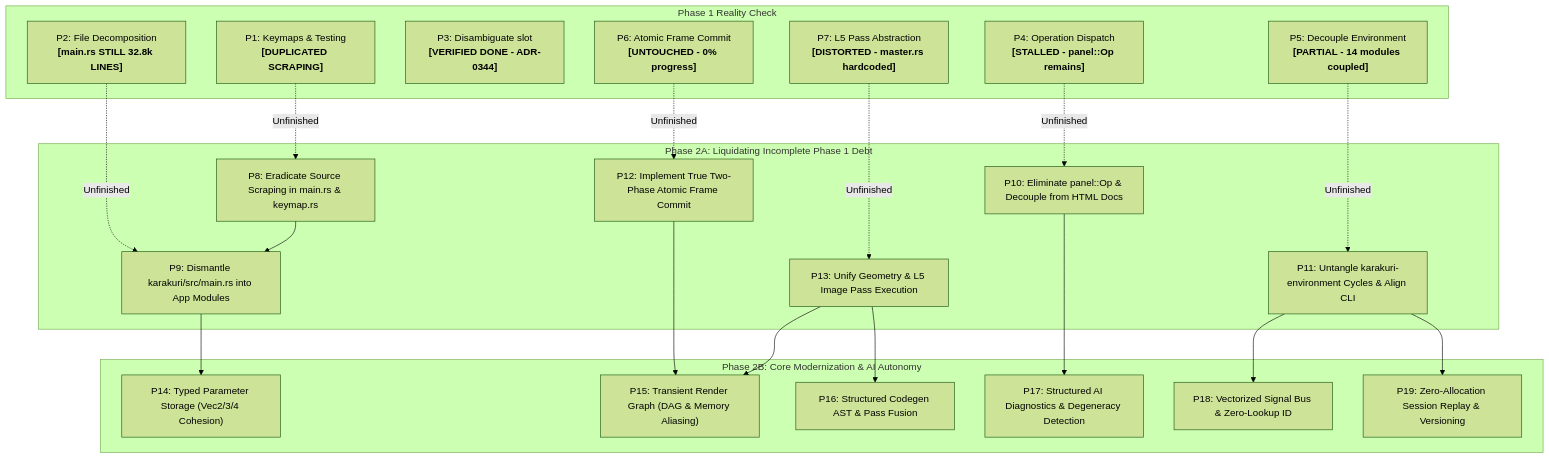
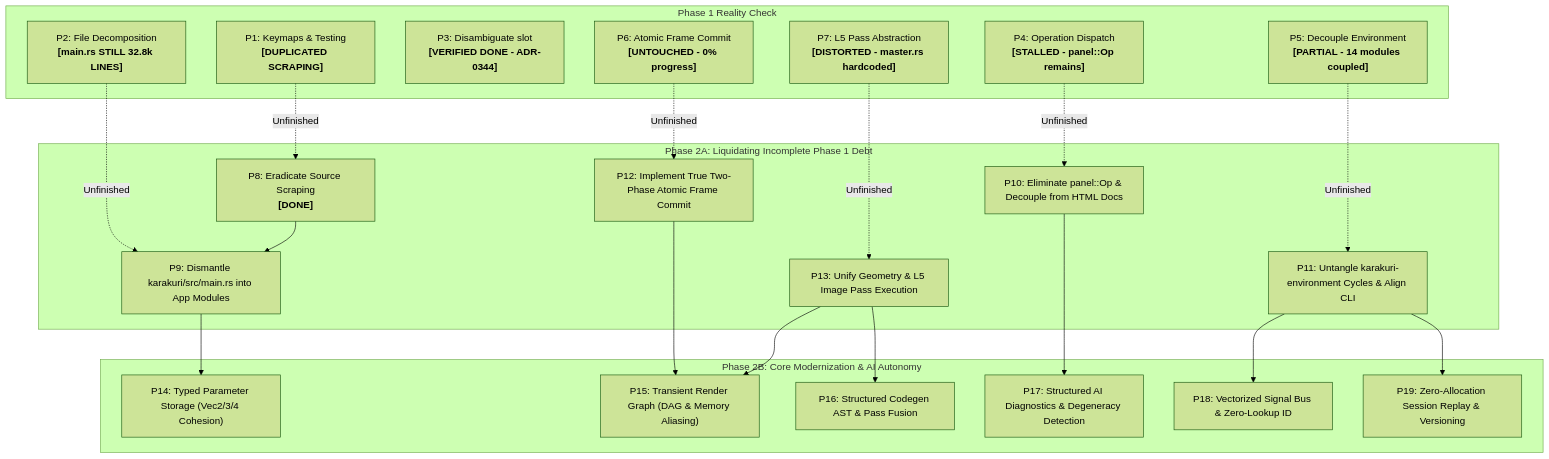
The diagram in docs/refactoring.md (toyoshim-i/Karakuri), drawn with Mermaid (forest theme) before and after one commit. The commit also changed other lines of this file and 2 other files, not shown here.

Commit message:
refactor(karakuri): eradicate source-text scraping across main.rs and keymap.rs (P8)
Completely eliminate source-code text parsing (fs::read_to_string,
source_scan, code(), cut()) in unit tests, and update refactoring roadmap:

- Delete mod source_scan from crates/karakuri/src/main.rs.
- Remove SRC, TESTS, code(), and cut() from crates/karakuri/src/keymap.rs.
- Refactor focus_keys tests to assert structured EventLoopAction
  (App::event_loop_action_for) and execute key_tab/key_escape directly
  via KeyCtx, without grepping string patterns.
- Refactor press_handler tests to dispatch synthetic pointer events
  directly through Readout::pointer.
- Remove artificial layout ordering constraints on production helper functions.
- Mark P8 as DONE in docs/refactoring.md.

````diff
--- a/docs/refactoring.md
+++ b/docs/refactoring.md
@@ -26,45 +26,45 @@
 ```mermaid
 graph TD
     subgraph Phase1Reality["Phase 1 Reality Check"]
         P1["P1: Keymaps & Testing<br/><b>[DUPLICATED SCRAPING]</b>"]
         P2["P2: File Decomposition<br/><b>[main.rs STILL 32.8k LINES]</b>"]
         P3["P3: Disambiguate slot<br/><b>[VERIFIED DONE - ADR-0344]</b>"]
         P4["P4: Operation Dispatch<br/><b>[STALLED - panel::Op remains]</b>"]
         P5["P5: Decouple Environment<br/><b>[PARTIAL - 14 modules coupled]</b>"]
         P6["P6: Atomic Frame Commit<br/><b>[UNTOUCHED - 0% progress]</b>"]
         P7["P7: L5 Pass Abstraction<br/><b>[DISTORTED - master.rs hardcoded]</b>"]
     end
 
     subgraph Phase2A["Phase 2A: Liquidating Incomplete Phase 1 Debt"]
-        P8["P8: Eradicate Source Scraping in main.rs & keymap.rs"]
+        P8["P8: Eradicate Source Scraping<br/><b>[DONE]</b>"]
         P9["P9: Dismantle karakuri/src/main.rs into App Modules"]
         P10["P10: Eliminate panel::Op & Decouple from HTML Docs"]
         P11["P11: Untangle karakuri-environment Cycles & Align CLI"]
         P12["P12: Implement True Two-Phase Atomic Frame Commit"]
         P13["P13: Unify Geometry & L5 Image Pass Execution"]
     end
 
     subgraph Phase2B["Phase 2B: Core Modernization & AI Autonomy"]
         P14["P14: Typed Parameter Storage (Vec2/3/4 Cohesion)"]
         P15["P15: Transient Render Graph (DAG & Memory Aliasing)"]
         P16["P16: Structured Codegen AST & Pass Fusion"]
         P17["P17: Structured AI Diagnostics & Degeneracy Detection"]
         P18["P18: Vectorized Signal Bus & Zero-Lookup ID"]
         P19["P19: Zero-Allocation Session Replay & Versioning"]
     end
 
     P1 -.->|Unfinished| P8
     P2 -.->|Unfinished| P9
     P4 -.->|Unfinished| P10
     P5 -.->|Unfinished| P11
     P6 -.->|Unfinished| P12
     P7 -.->|Unfinished| P13
     P8 --> P9
     P9 --> P14
     P12 --> P15
     P13 --> P15
     P13 --> P16
     P10 --> P17
     P11 --> P18
     P11 --> P19
 ```
````
